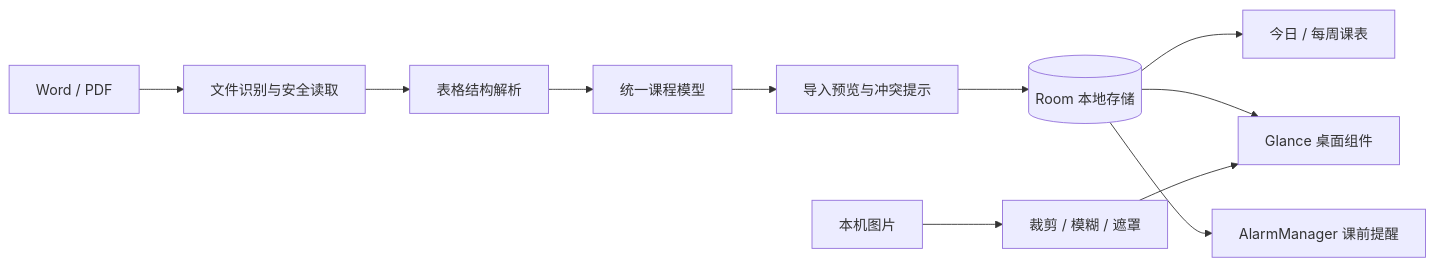
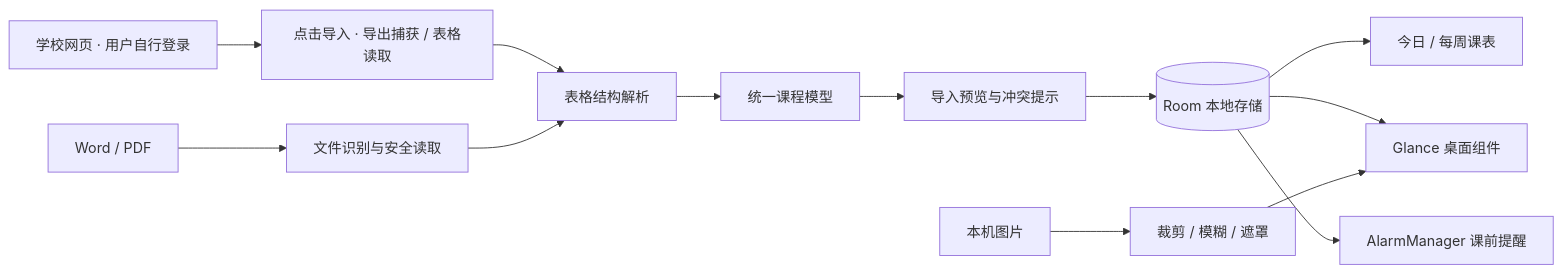
Before and after one commit to xiaoyle/CampusSchedule: the diagram in README.md, drawn with Mermaid. The commit also changed other lines of this file and 76 other files, not shown here.

````diff
--- a/README.md
+++ b/README.md
@@ -62,13 +81,15 @@
 ```mermaid
 flowchart LR
     A[Word / PDF] --> B[文件识别与安全读取]
+    W[学校网页 · 用户自行登录] --> X[点击导入 · 导出捕获 / 表格读取]
+    X --> C
     B --> C[表格结构解析]
     C --> D[统一课程模型]
     D --> E[导入预览与冲突提示]
     E --> F[(Room 本地存储)]
     F --> G[今日 / 每周课表]
     F --> H[Glance 桌面组件]
     F --> I[AlarmManager 课前提醒]
     J[本机图片] --> K[裁剪 / 模糊 / 遮罩]
     K --> H
 ```
````
